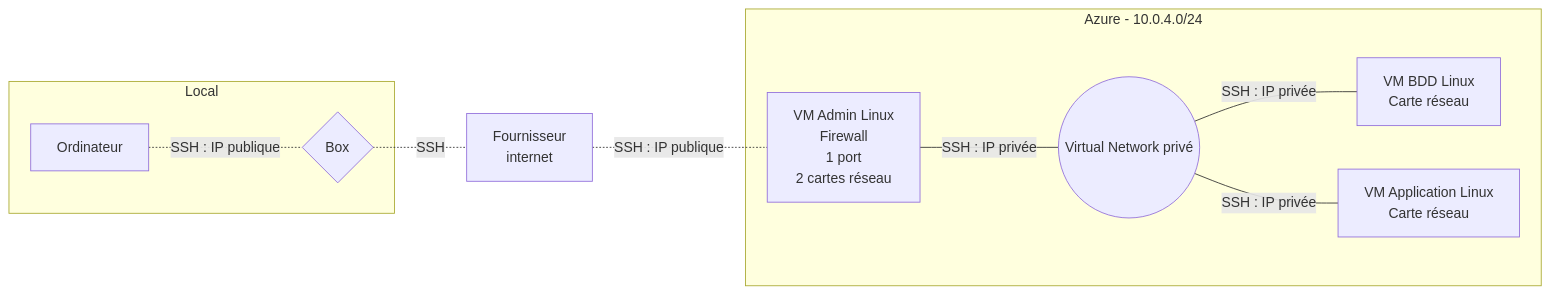
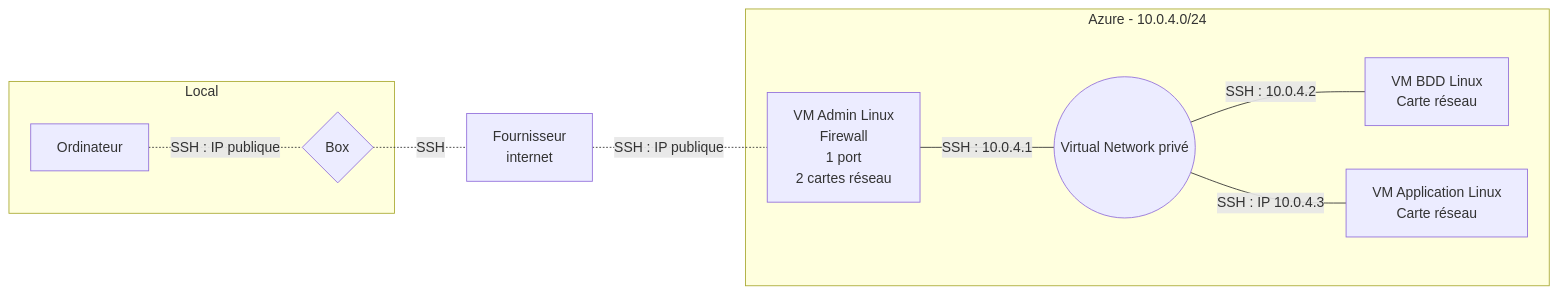
One commit to simplon-ThomasJulian/Brief2_Groupe4 changed the diagram in Brouillon.md. Above: the diagram before and after it, drawn with Mermaid.

````diff
--- a/Brouillon.md
+++ b/Brouillon.md
@@ -1,13 +1,13 @@
 ```mermaid
 flowchart LR
     subgraph Local
     Ordinateur[Ordinateur] -.-|SSH : IP publique| Box{Box}
     end
     Box -.-|SSH| Internet[Fournisseur <br /> internet]
     Internet -.-|SSH : IP publique| VMAdmin[VM Admin Linux <br /> Firewall <br /> 1 port <br /> 2 cartes réseau]
     subgraph Azure - 10.0.4.0/24
-    VMAdmin ---|SSH : IP privée| VN((Virtual Network privé))
-    VN ---|SSH : IP privée| BDD[VM BDD Linux <br /> Carte réseau]
-    VN ---|SSH : IP privée| Appli[VM Application Linux <br /> Carte réseau]
+    VMAdmin ---|SSH : 10.0.4.1| VN((Virtual Network privé))
+    VN ---|SSH : 10.0.4.2| BDD[VM BDD Linux <br /> Carte réseau]
+    VN ---|SSH : IP 10.0.4.3| Appli[VM Application Linux <br /> Carte réseau]
     end
 ```
````
